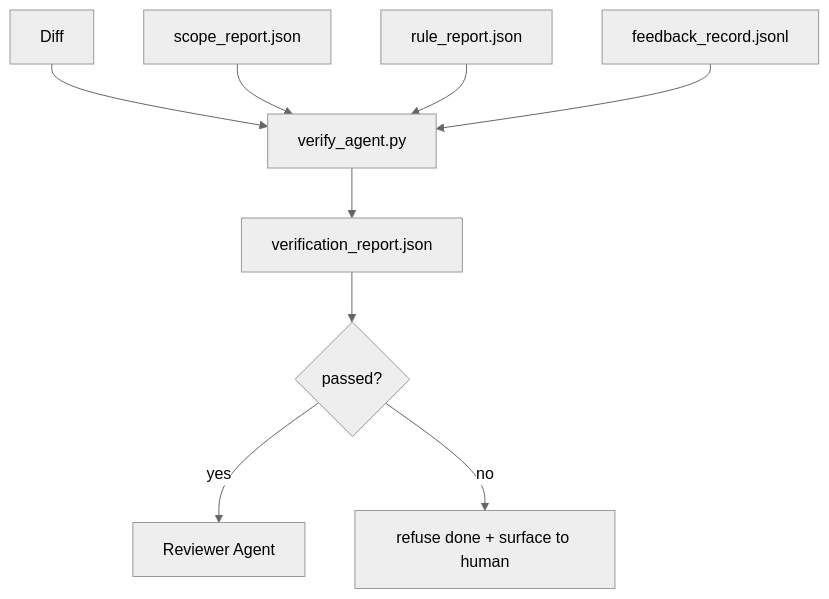
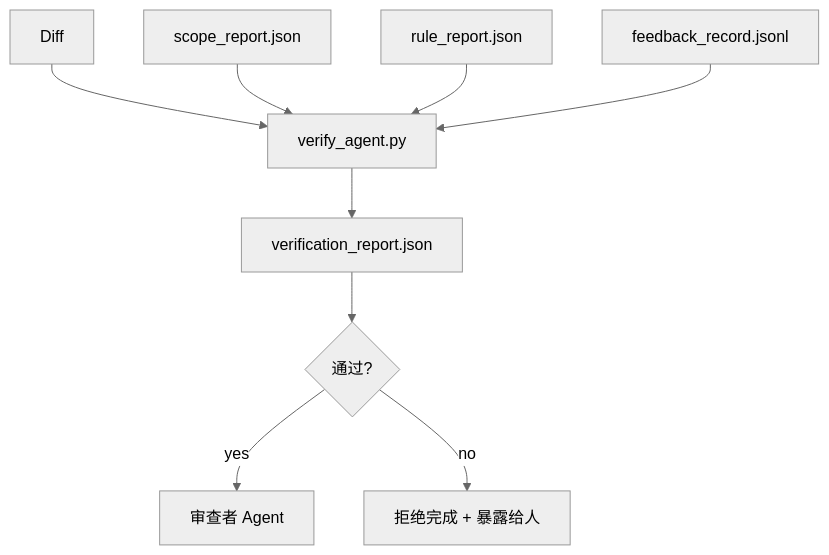
Before and after one commit to alessandrodinisio-ai/ai-engineering-learning-framework: the diagram in phases/14-agent-engineering/38-verification-gates/docs/zh.md, drawn with Mermaid (neutral theme). The commit also changed 120 other files, not shown here.

First line of the commit message:
i18n(mermaid): 337 个 mermaid 图表标签中文化

````diff
--- a/phases/14-agent-engineering/38-verification-gates/docs/zh.md
+++ b/phases/14-agent-engineering/38-verification-gates/docs/zh.md
@@ -29,11 +29,11 @@
 ```mermaid
 flowchart TD
   Diff[Diff] --> Gate[verify_agent.py]
   Scope[scope_report.json] --> Gate
   Rules[rule_report.json] --> Gate
   Feedback[feedback_record.jsonl] --> Gate
   Gate --> Verdict[verification_report.json]
-  Verdict --> Pass{passed?}
-  Pass -- yes --> Review[Reviewer Agent]
-  Pass -- no --> Refuse[refuse done + surface to human]
+  Verdict --> Pass{通过?}
+  Pass -- yes --> Review[审查者 Agent]
+  Pass -- no --> Refuse[拒绝完成 + 暴露给人]
 ```
````
